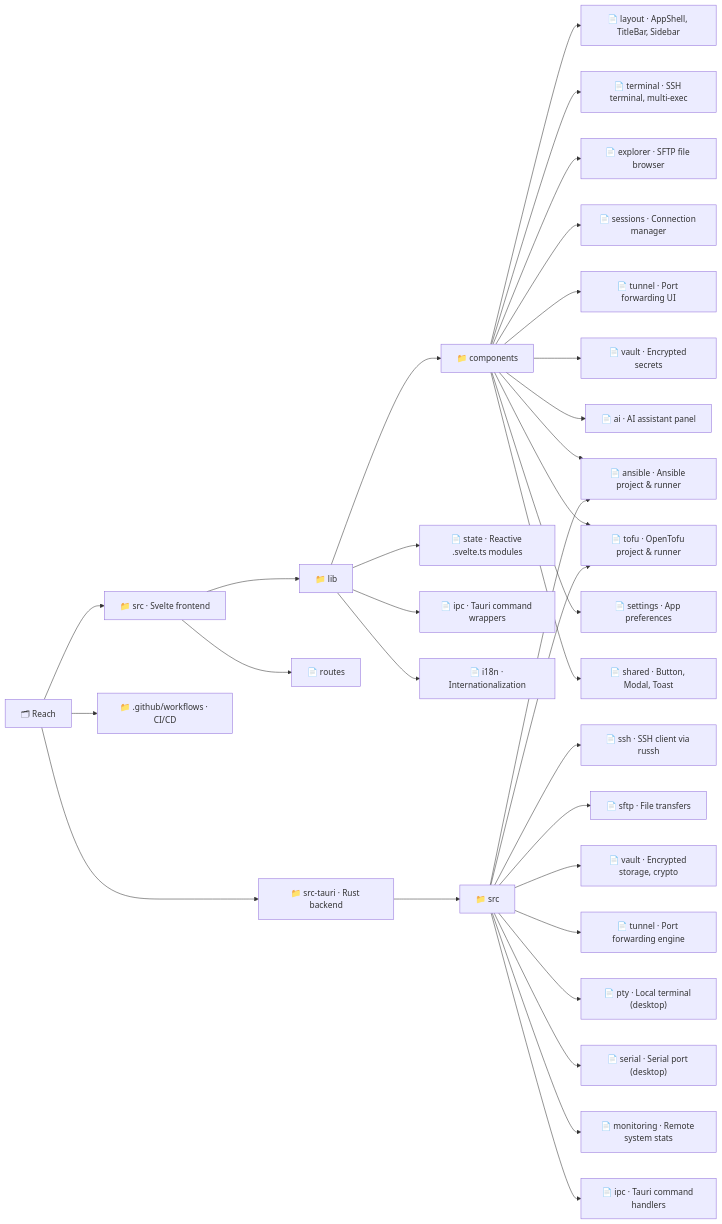
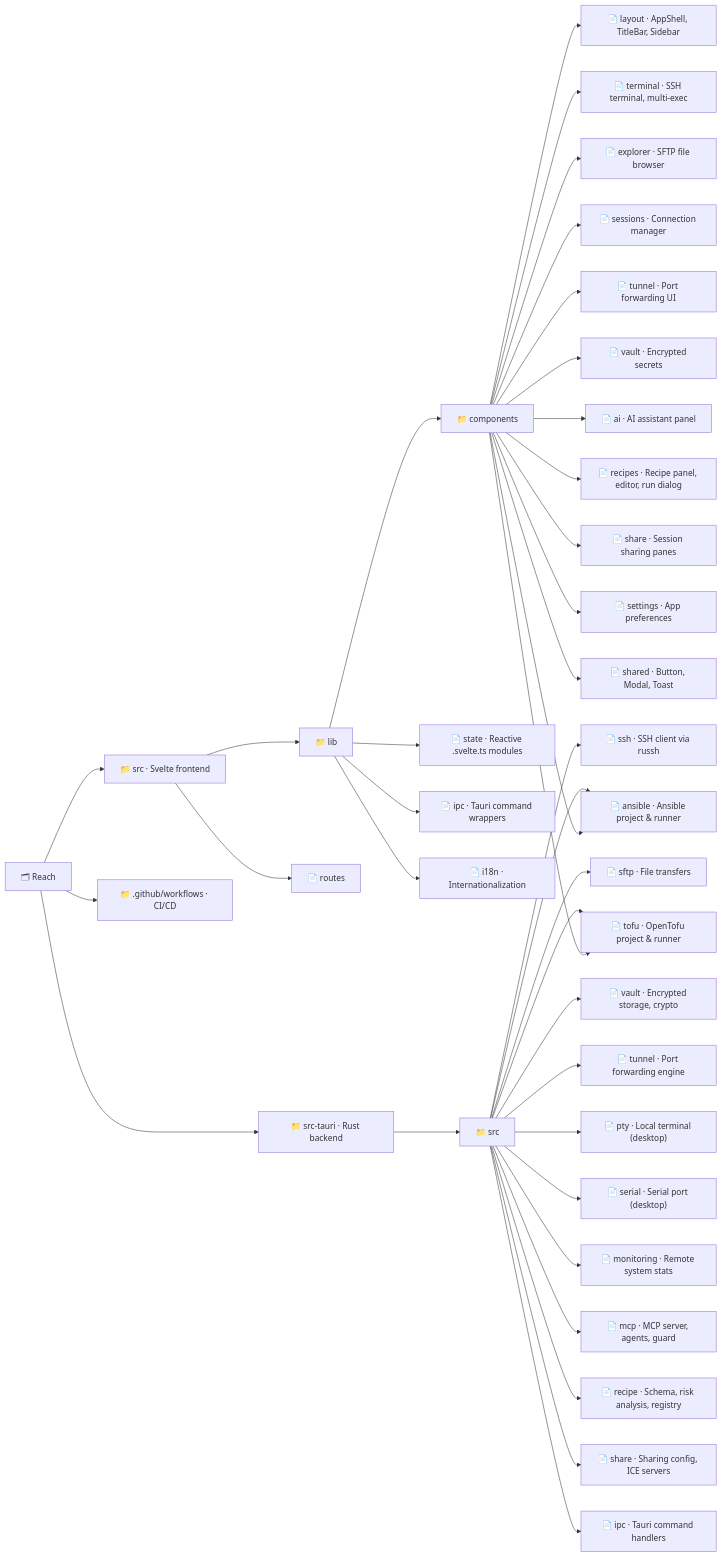
The diagram in README.md (alexandrosnt/Reach), drawn with Mermaid before and after one commit. The commit also changed other lines of this file and 1 other file, not shown here.

````diff
--- a/README.md
+++ b/README.md
@@ -100,40 +109,45 @@
 ```mermaid
 graph LR
   root["🗂 Reach"]
 
   root --> src["📁 src · Svelte frontend"]
   root --> tauri["📁 src-tauri · Rust backend"]
   root --> gh["📁 .github/workflows · CI/CD"]
 
   src --> routes["📄 routes"]
   src --> lib["📁 lib"]
 
   lib --> components["📁 components"]
   lib --> state["📄 state · Reactive .svelte.ts modules"]
   lib --> ipc["📄 ipc · Tauri command wrappers"]
   lib --> i18n["📄 i18n · Internationalization"]
 
   components --> layout["📄 layout · AppShell, TitleBar, Sidebar"]
   components --> terminal["📄 terminal · SSH terminal, multi-exec"]
   components --> explorer["📄 explorer · SFTP file browser"]
   components --> sessions["📄 sessions · Connection manager"]
   components --> tunnel["📄 tunnel · Port forwarding UI"]
   components --> vault["📄 vault · Encrypted secrets"]
   components --> ai["📄 ai · AI assistant panel"]
   components --> ansible["📄 ansible · Ansible automation"]
   components --> tofu["📄 tofu · OpenTofu IaC"]
+  components --> recipes["📄 recipes · Recipe panel, editor, run dialog"]
+  components --> share["📄 share · Session sharing panes"]
   components --> settings["📄 settings · App preferences"]
   components --> shared["📄 shared · Button, Modal, Toast"]
 
   tauri --> taurisrc["📁 src"]
   taurisrc --> ssh["📄 ssh · SSH client via russh"]
   taurisrc --> sftp["📄 sftp · File transfers"]
   taurisrc --> tvault["📄 vault · Encrypted storage, crypto"]
   taurisrc --> ttunnel["📄 tunnel · Port forwarding engine"]
   taurisrc --> pty["📄 pty · Local terminal (desktop)"]
   taurisrc --> serial["📄 serial · Serial port (desktop)"]
   taurisrc --> monitoring["📄 monitoring · Remote system stats"]
   taurisrc --> ansible["📄 ansible · Ansible project & runner"]
   taurisrc --> tofu["📄 tofu · OpenTofu project & runner"]
+  taurisrc --> mcp["📄 mcp · MCP server, agents, guard"]
+  taurisrc --> recipe["📄 recipe · Schema, risk analysis, registry"]
+  taurisrc --> tshare["📄 share · Sharing config, ICE servers"]
   taurisrc --> tipc["📄 ipc · Tauri command handlers"]
 ```
````
